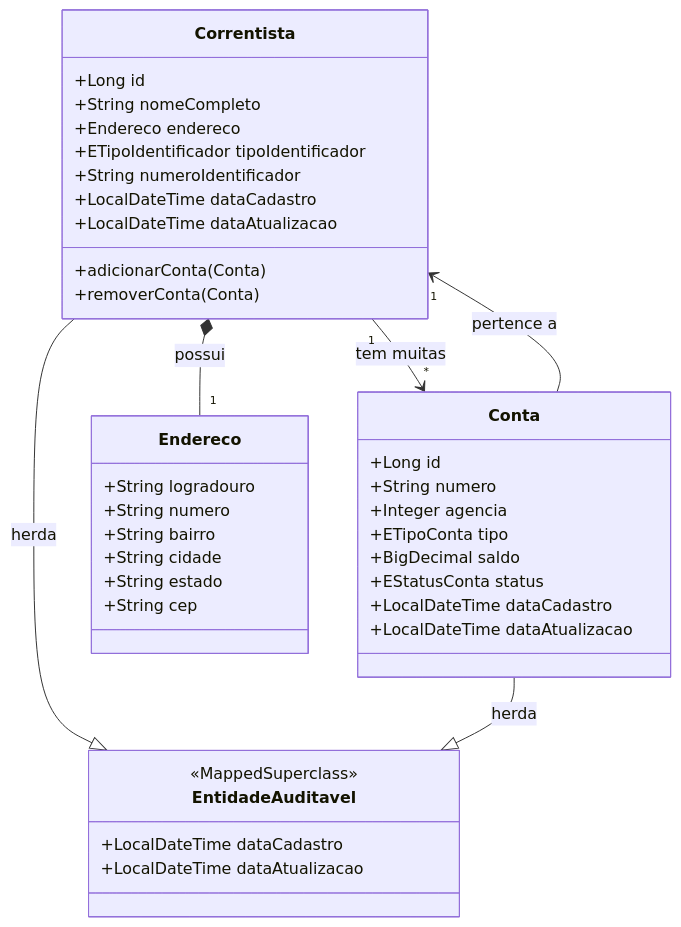
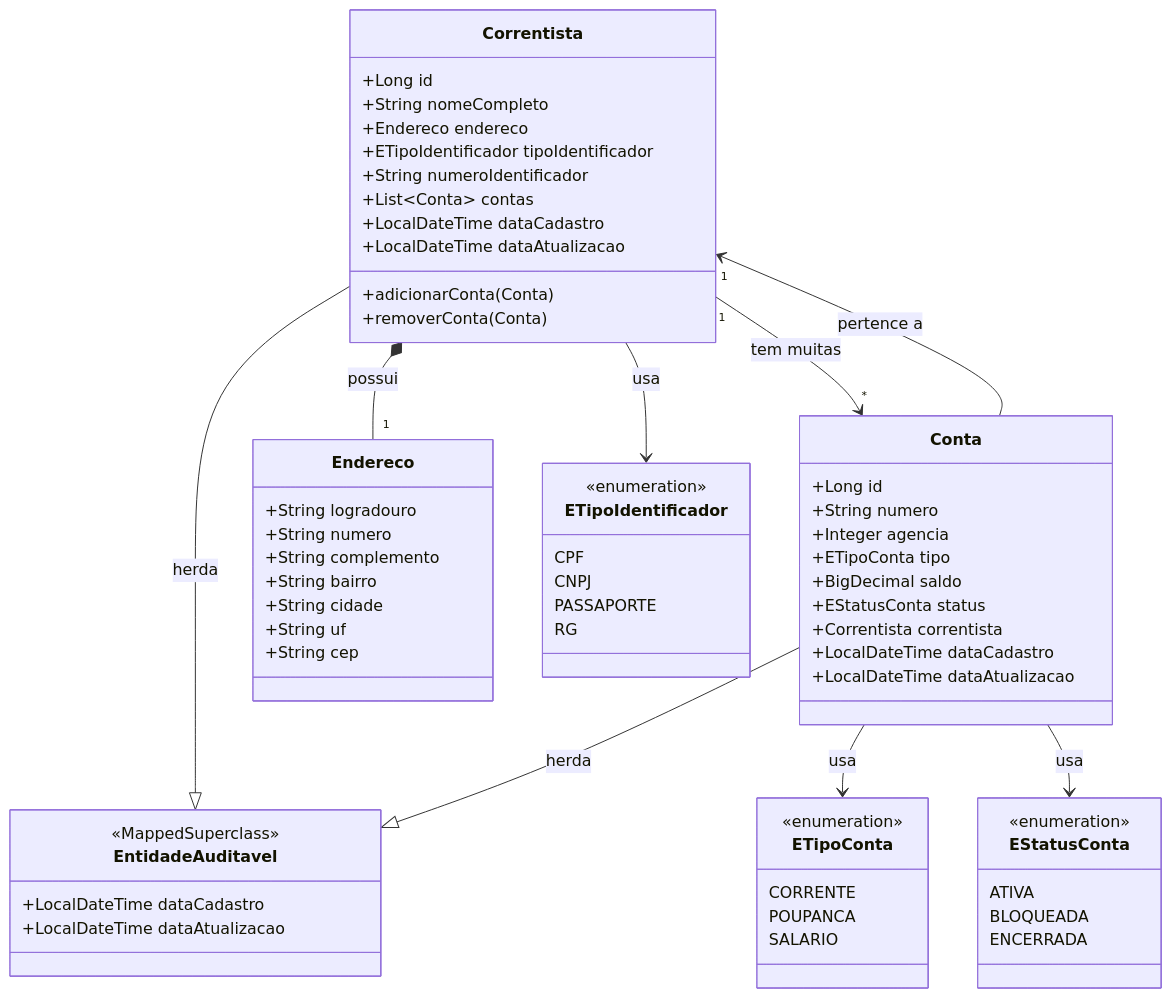
One commit to GeciaraBoava/teste-bv changed diagram 12 of 13 in fluxograma.md. Above: the diagram before and after it, drawn with Mermaid. The commit also changed other lines of this file and 2 other files, not shown here.

````diff
--- a/fluxograma.md
+++ b/fluxograma.md
@@ -319,46 +402,74 @@
 ```mermaid
 classDiagram
     class Correntista {
         +Long id
         +String nomeCompleto
         +Endereco endereco
         +ETipoIdentificador tipoIdentificador
         +String numeroIdentificador
+        +List~Conta~ contas
         +LocalDateTime dataCadastro
         +LocalDateTime dataAtualizacao
         +adicionarConta(Conta)
         +removerConta(Conta)
     }
 
     class Conta {
         +Long id
         +String numero
         +Integer agencia
         +ETipoConta tipo
         +BigDecimal saldo
         +EStatusConta status
+        +Correntista correntista
         +LocalDateTime dataCadastro
         +LocalDateTime dataAtualizacao
     }
 
     class Endereco {
         +String logradouro
         +String numero
+        +String complemento
         +String bairro
         +String cidade
-        +String estado
+        +String uf
         +String cep
     }
 
     class EntidadeAuditavel {
         <<MappedSuperclass>>
         +LocalDateTime dataCadastro
         +LocalDateTime dataAtualizacao
     }
 
+    class ETipoIdentificador {
+        <<enumeration>>
+        CPF
+        CNPJ
+        PASSAPORTE
+        RG
+    }
+
+    class ETipoConta {
+        <<enumeration>>
+        CORRENTE
+        POUPANCA
+        SALARIO
+    }
+
+    class EStatusConta {
+        <<enumeration>>
+        ATIVA
+        BLOQUEADA
+        ENCERRADA
+    }
+
     Correntista "1" --> "*" Conta : tem muitas
     Correntista *-- "1" Endereco : possui
     Conta --> "1" Correntista : pertence a
     Correntista --|> EntidadeAuditavel : herda
     Conta --|> EntidadeAuditavel : herda
+    Correntista --> ETipoIdentificador : usa
+    Conta --> ETipoConta : usa
+    Conta --> EStatusConta : usa
 ```
````
